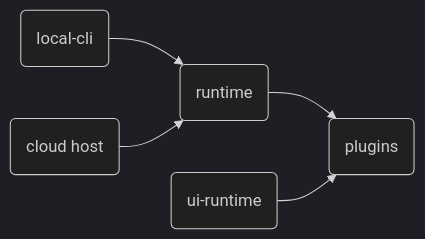
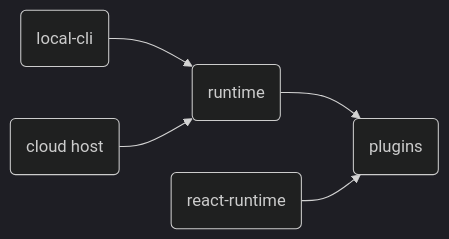
The diagram in docs/index.md (buildautomaton/buildautomaton), drawn with Mermaid (dark theme) before and after one commit. The commit also changed other lines of this file and 122 other files, not shown here.

````diff
--- a/docs/index.md
+++ b/docs/index.md
@@ -26,12 +26,12 @@
 ```mermaid
 flowchart LR
   local("local-cli")
   cloud("cloud host")
   runtime("runtime")
-  uiRuntime("ui-runtime")
+  uiRuntime("react-runtime")
   plugins("plugins")
   local --> runtime
   cloud --> runtime
   runtime --> plugins
   uiRuntime --> plugins
 ```
````
